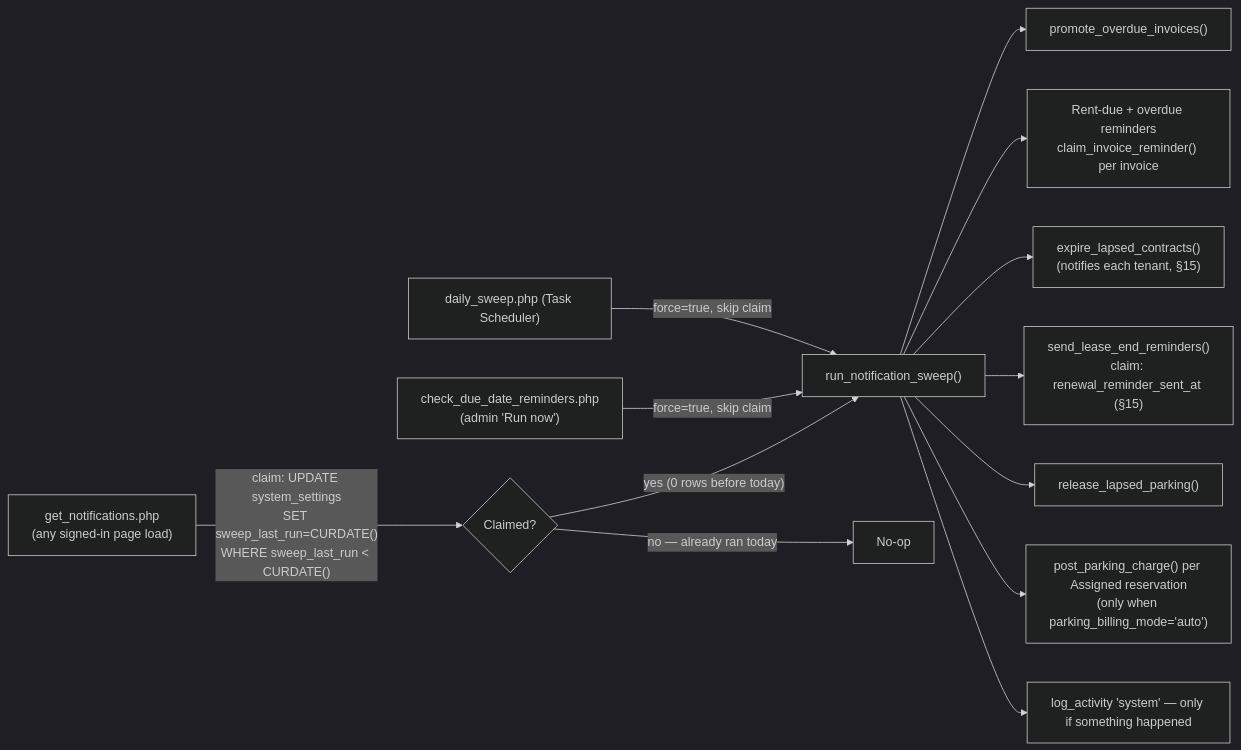
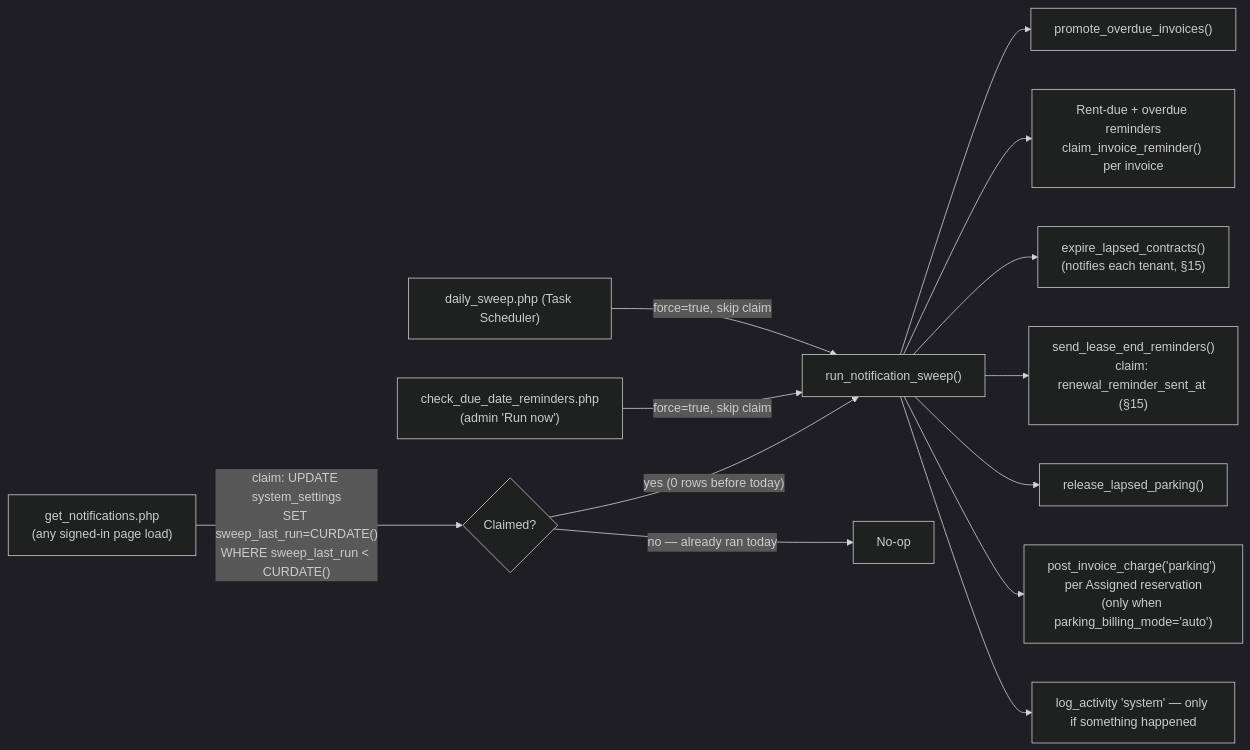
One commit to Keonbe/ApartmentManagementSystem_React changed diagram 26 of 36 in docs/documentation/module_verification_guide.md. Above: the diagram before and after it, drawn with Mermaid (dark theme). The commit also changed other lines of this file and 17 other files, not shown here.

First line of the commit message:
refactor(billing): one post/reverse module for service, maintenance and parking charges

````diff
--- a/docs/documentation/module_verification_guide.md
+++ b/docs/documentation/module_verification_guide.md
@@ -2263,15 +2263,15 @@
 ```mermaid
 flowchart LR
     G["get_notifications.php<br/>(any signed-in page load)"] -->|"claim: UPDATE system_settings<br/>SET sweep_last_run=CURDATE()<br/>WHERE sweep_last_run < CURDATE()"| C{"Claimed?"}
     CLI["daily_sweep.php (Task Scheduler)"] -->|force=true, skip claim| W
     ADM["check_due_date_reminders.php<br/>(admin 'Run now')"] -->|force=true, skip claim| W
     C -->|"yes (0 rows before today)"| W["run_notification_sweep()"]
     C -->|no — already ran today| SKIP[No-op]
     W --> P["promote_overdue_invoices()"]
     W --> R["Rent-due + overdue reminders<br/>claim_invoice_reminder() per invoice"]
     W --> X["expire_lapsed_contracts()<br/>(notifies each tenant, §15)"]
     W --> N["send_lease_end_reminders()<br/>claim: renewal_reminder_sent_at (§15)"]
     W --> K["release_lapsed_parking()"]
-    W --> B["post_parking_charge() per Assigned reservation<br/>(only when parking_billing_mode='auto')"]
+    W --> B["post_invoice_charge('parking') per Assigned reservation<br/>(only when parking_billing_mode='auto')"]
     W --> L["log_activity 'system' — only if something happened"]
 ```
````
